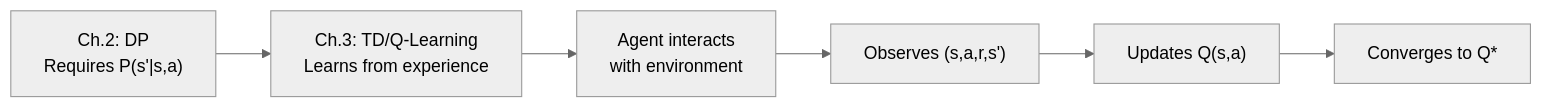
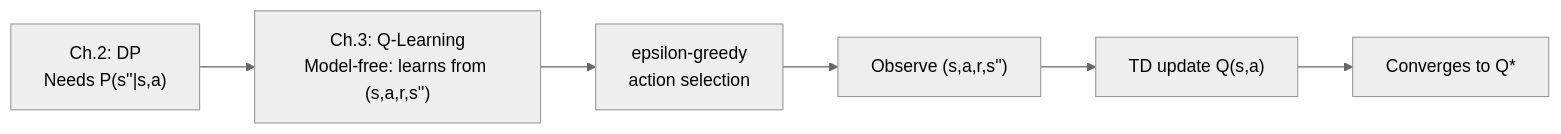
One commit to deepakshamsft/ai-portfolio changed the first of 3 diagrams in notes/01-ml/06_reinforcement_learning/ch03_q_learning/README.md. Above: the diagram before and after it, drawn with Mermaid (neutral theme). The commit also changed other lines of this file and 727 other files, not shown here.

````diff
--- a/notes/01-ml/06_reinforcement_learning/ch03_q_learning/README.md
+++ b/notes/01-ml/06_reinforcement_learning/ch03_q_learning/README.md
@@ -41,8 +40,8 @@
 ```mermaid
 flowchart LR
-    A["Ch.2: DP<br/>Requires P(s'|s,a)"] --> B["Ch.3: TD/Q-Learning<br/>Learns from experience"]
-    B --> C["Agent interacts<br/>with environment"]
-    C --> D["Observes (s,a,r,s')"]
-    D --> E["Updates Q(s,a)"]
+    A["Ch.2: DP<br/>Needs P(s''|s,a)"] --> B["Ch.3: Q-Learning<br/>Model-free: learns from (s,a,r,s'')"]
+    B --> C["epsilon-greedy<br/>action selection"]
+    C --> D["Observe (s,a,r,s'')"]
+    D --> E["TD update Q(s,a)"]
     E --> F["Converges to Q*"]
 ```
````
